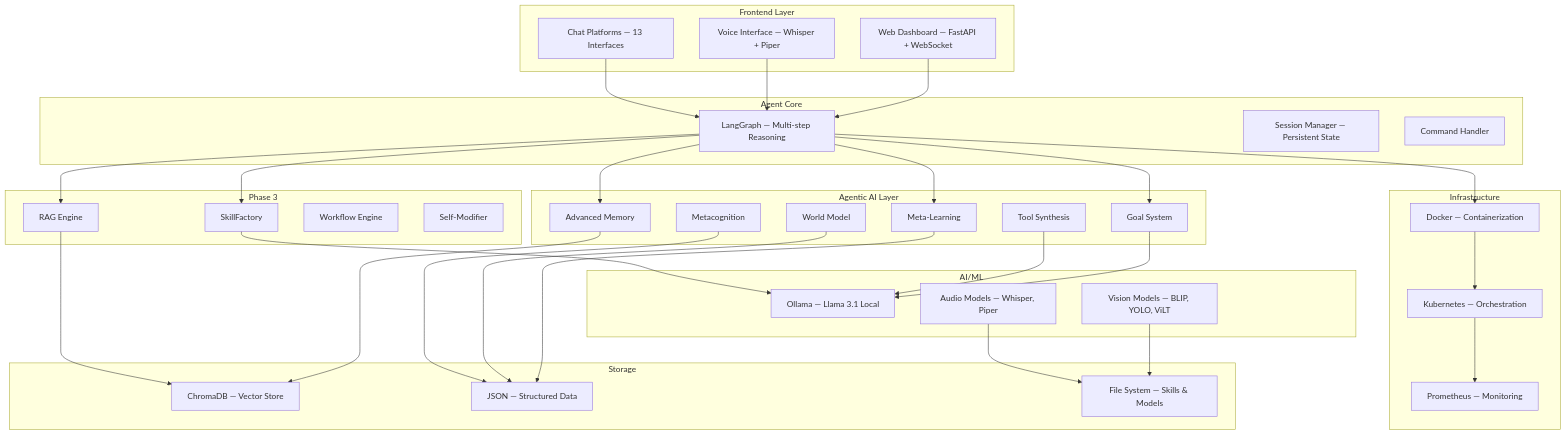
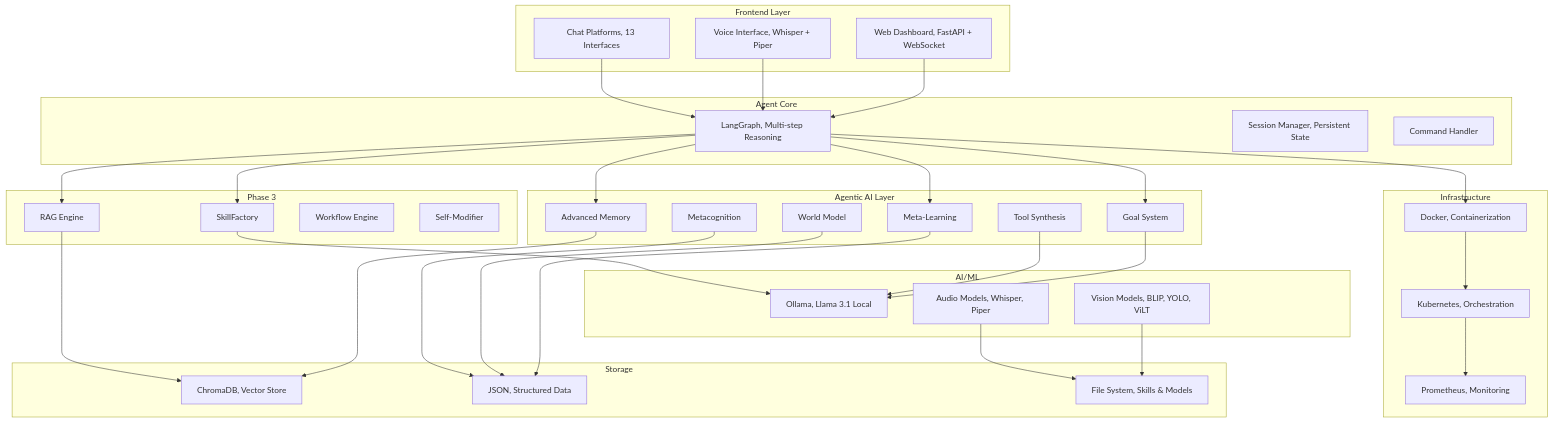
One commit to bistuwangqiyuan/Open-Sable changed diagram 17 of 19 in README.md. Above: the diagram before and after it, drawn with Mermaid. The commit also changed other lines of this file and 8 other files, not shown here.

Commit message:
feat: add new dashboard interface with chat, activity, terminal, and status panels

````diff
--- a/README.md
+++ b/README.md
@@ -1935,74 +1769,74 @@
 ```mermaid
 graph TB
     subgraph "Frontend Layer"
-        WEB[Web Dashboard — FastAPI + WebSocket]
-        VOICE[Voice Interface — Whisper + Piper]
-        CHAT[Chat Platforms — 13 Interfaces]
+        WEB[Web Dashboard, FastAPI + WebSocket]
+        VOICE[Voice Interface, Whisper + Piper]
+        CHAT[Chat Platforms, 13 Interfaces]
     end
     
     subgraph "Agent Core"
-        LANG[LangGraph — Multi-step Reasoning]
-        SESSION[Session Manager — Persistent State]
+        LANG[LangGraph, Multi-step Reasoning]
+        SESSION[Session Manager, Persistent State]
         CMD[Command Handler]
     end
     
     subgraph "Agentic AI Layer"
         GOALS[Goal System]
         MEM[Advanced Memory]
         META[Meta-Learning]
         TOOLS[Tool Synthesis]
         WORLD[World Model]
         METACOG[Metacognition]
     end
     
     subgraph "Phase 3"
         SFACT[SkillFactory]
         RAG[RAG Engine]
         WF[Workflow Engine]
         SELFMOD[Self-Modifier]
     end
     
     subgraph "AI/ML"
-        LLM[Ollama — Llama 3.1 Local]
-        VISION[Vision Models — BLIP, YOLO, ViLT]
-        AUDIO[Audio Models — Whisper, Piper]
+        LLM[Ollama, Llama 3.1 Local]
+        VISION[Vision Models, BLIP, YOLO, ViLT]
+        AUDIO[Audio Models, Whisper, Piper]
     end
     
     subgraph "Storage"
-        VECTOR[ChromaDB — Vector Store]
-        JSON[JSON — Structured Data]
-        FILES[File System — Skills & Models]
+        VECTOR[ChromaDB, Vector Store]
+        JSON[JSON, Structured Data]
+        FILES[File System, Skills & Models]
     end
     
     subgraph "Infrastructure"
-        DOCKER[Docker — Containerization]
-        K8S[Kubernetes — Orchestration]
-        MONITOR[Prometheus — Monitoring]
+        DOCKER[Docker, Containerization]
+        K8S[Kubernetes, Orchestration]
+        MONITOR[Prometheus, Monitoring]
     end
     
     WEB --> LANG
     VOICE --> LANG
     CHAT --> LANG
     
     LANG --> GOALS
     LANG --> MEM
     LANG --> META
     LANG --> SFACT
     LANG --> RAG
     
     GOALS --> LLM
     MEM --> VECTOR
     RAG --> VECTOR
     META --> JSON
     TOOLS --> LLM
     WORLD --> JSON
     METACOG --> JSON
     SFACT --> LLM
     
     VISION --> FILES
     AUDIO --> FILES
     
     LANG --> DOCKER
     DOCKER --> K8S
     K8S --> MONITOR
 ```
````
